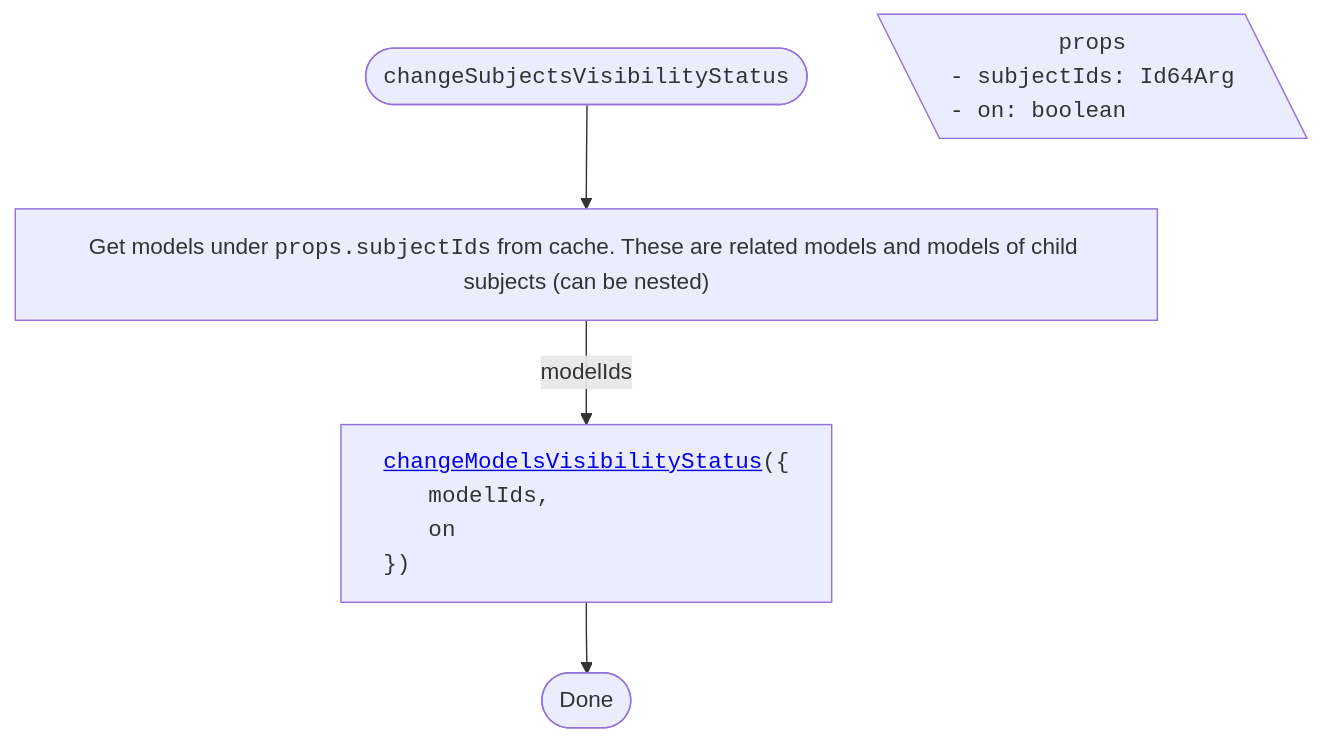
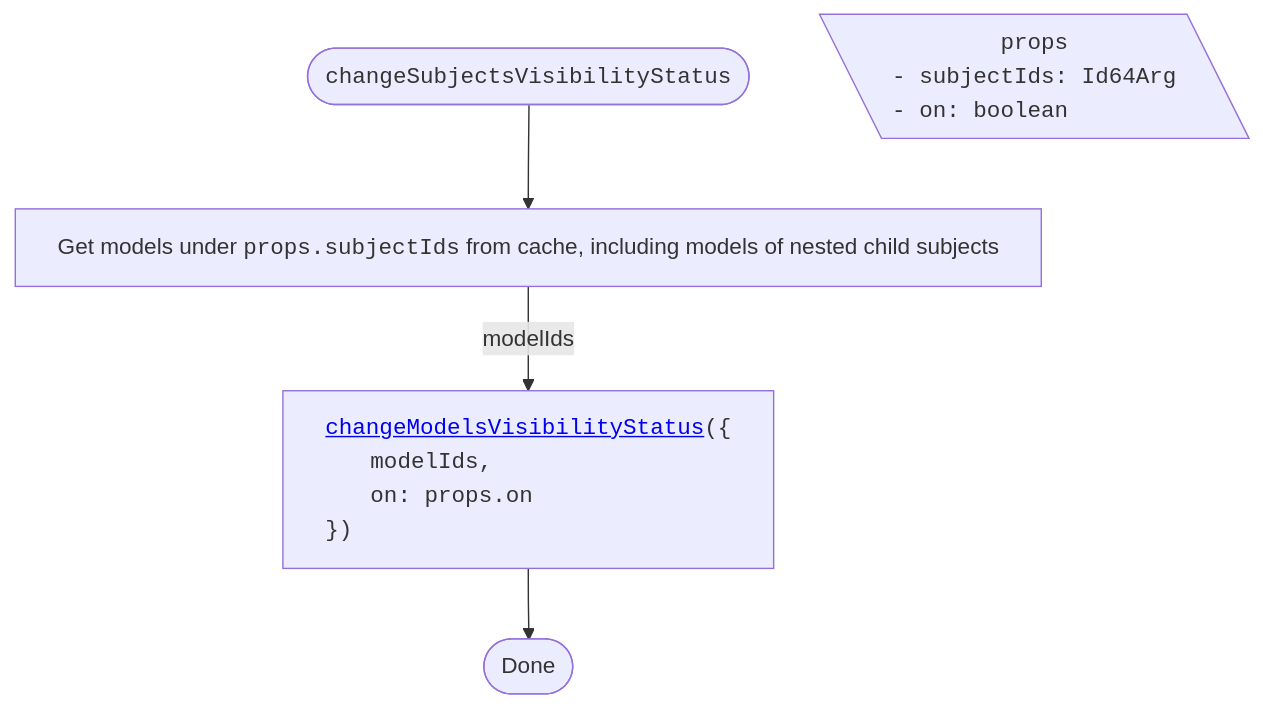
Before and after one commit to iTwin/viewer-components-react: the third of 4 diagrams in packages/itwin/tree-widget/docs/ModelsTreeVisibilityHandling.md, drawn with Mermaid. The commit also changed other lines of this file and 4 other files, not shown here.

Commit message:
[Tree widget]: update mermaid diagrams on `next`

````diff
--- a/packages/itwin/tree-widget/docs/ModelsTreeVisibilityHandling.md
+++ b/packages/itwin/tree-widget/docs/ModelsTreeVisibilityHandling.md
@@ -62,25 +96,25 @@
 ```mermaid
 ---
 config:
   flowchart:
     wrappingWidth: 750
     useMaxWidth: false
 ---
 
 flowchart TD
   RESULT_Done([Done])
 
   %% Start
-  TITLE(["<span style='font-family: monospace;'>changeSubjectsVisibilityStatus</span>"]) --> A["Get models under <span style='font-family: monospace;'>props.subjectIds</span> from cache. These are related models and models of child subjects (can be nested)"]
+  TITLE(["<span style='font-family: monospace;'>changeSubjectsVisibilityStatus</span>"]) --> A["Get models under <span style='font-family: monospace;'>props.subjectIds</span> from cache, including models of nested child subjects"]
 
   PROPS[\"
     <span style='font-family: monospace;'>props</span>
     <span style='display: block; text-align: left; font-family: monospace;'>- subjectIds: Id64Arg<br/>- on: boolean</span>
   "\]
 
   A -- modelIds --> B["<div style='text-align: left; font-family: monospace;'><a href='./SharedVisibilityHandling.md#changemodelsvisibilitystatus'>changeModelsVisibilityStatus</a>({
     <span style='padding-left: 2rem;'>modelIds,</span>
-    <span style='padding-left: 2rem;'>on</span>
+    <span style='padding-left: 2rem;'>on: props.on</span>
     })</div>"]
   B --> RESULT_Done
 ```
````
